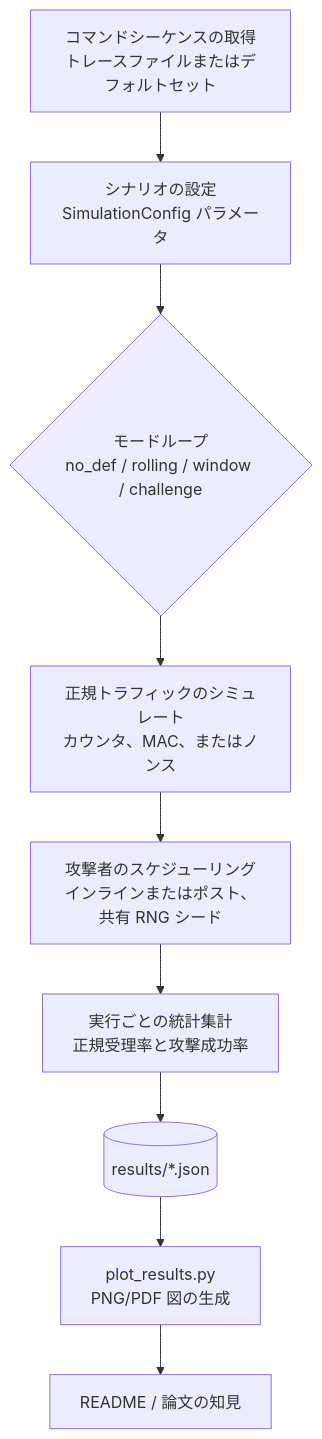
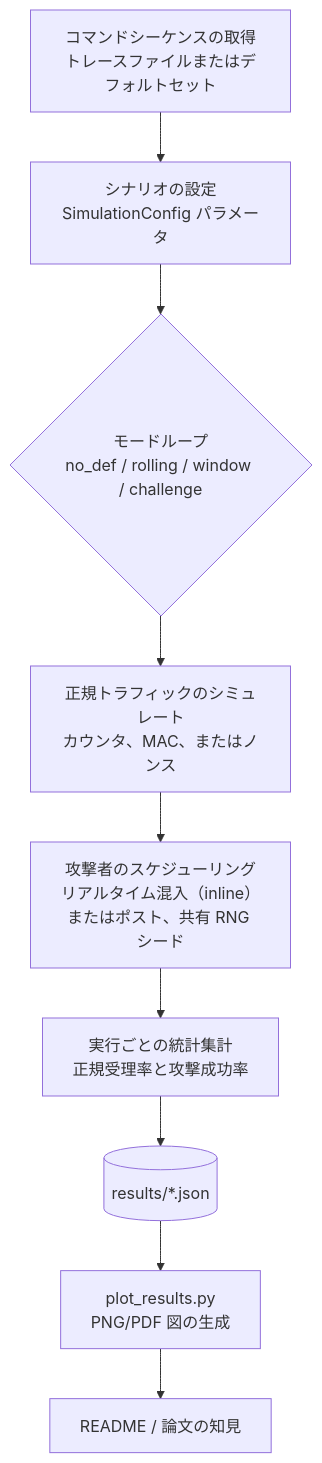
Before and after one commit to tammakiiroha/IoT-Replay-Defense-Simulator: the diagram in README_JP.md, drawn with Mermaid. The commit also changed other lines of this file and 8 other files, not shown here.

````diff
--- a/README_JP.md
+++ b/README_JP.md
@@ -246,14 +248,14 @@
 ```mermaid
 flowchart TD
     A[コマンドシーケンスの取得<br/>トレースファイルまたはデフォルトセット]
     B[シナリオの設定<br/>SimulationConfig パラメータ]
     C{モードループ<br/>no_def / rolling / window / challenge}
     D[正規トラフィックのシミュレート<br/>カウンタ、MAC、またはノンス]
-    E[攻撃者のスケジューリング<br/>インラインまたはポスト、共有 RNG シード]
+    E[攻撃者のスケジューリング<br/>リアルタイム混入（inline）またはポスト、共有 RNG シード]
     F[実行ごとの統計集計<br/>正規受理率と攻撃成功率]
     G[(results/*.json)]
     H[plot_results.py<br/>PNG/PDF 図の生成]
     I[README / 論文の知見]
 
     A --> B --> C --> D --> E --> F --> G --> H --> I
 ```
````
